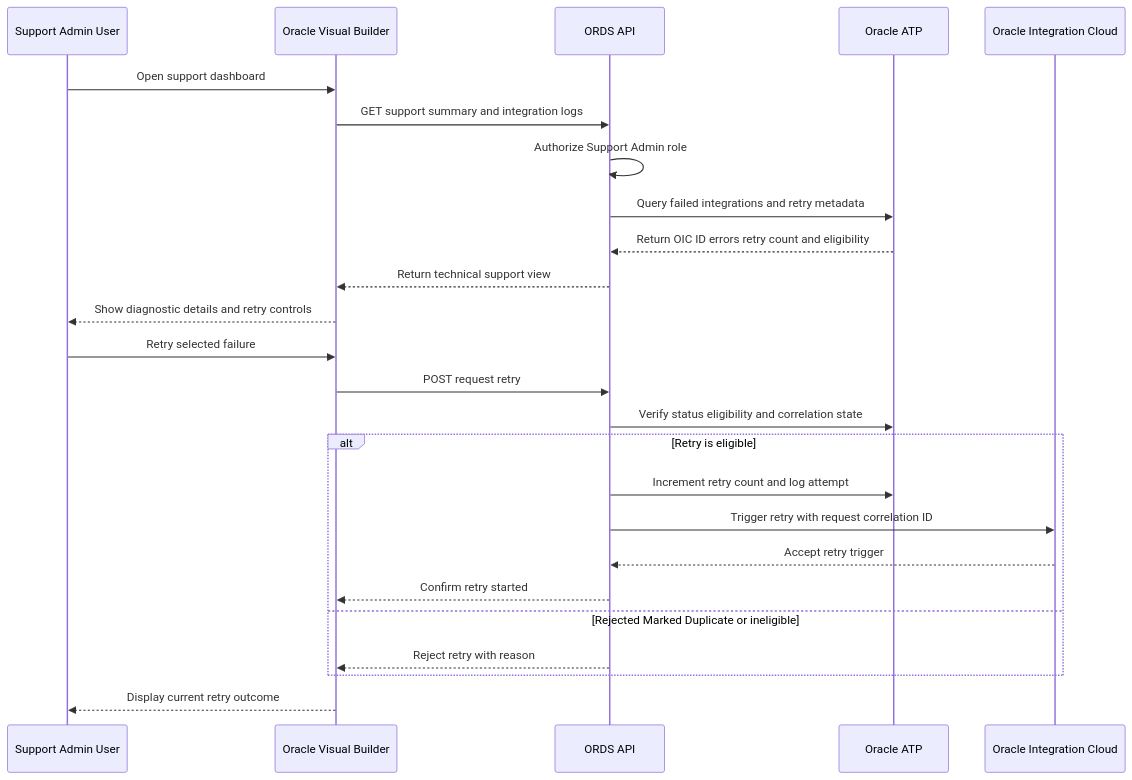
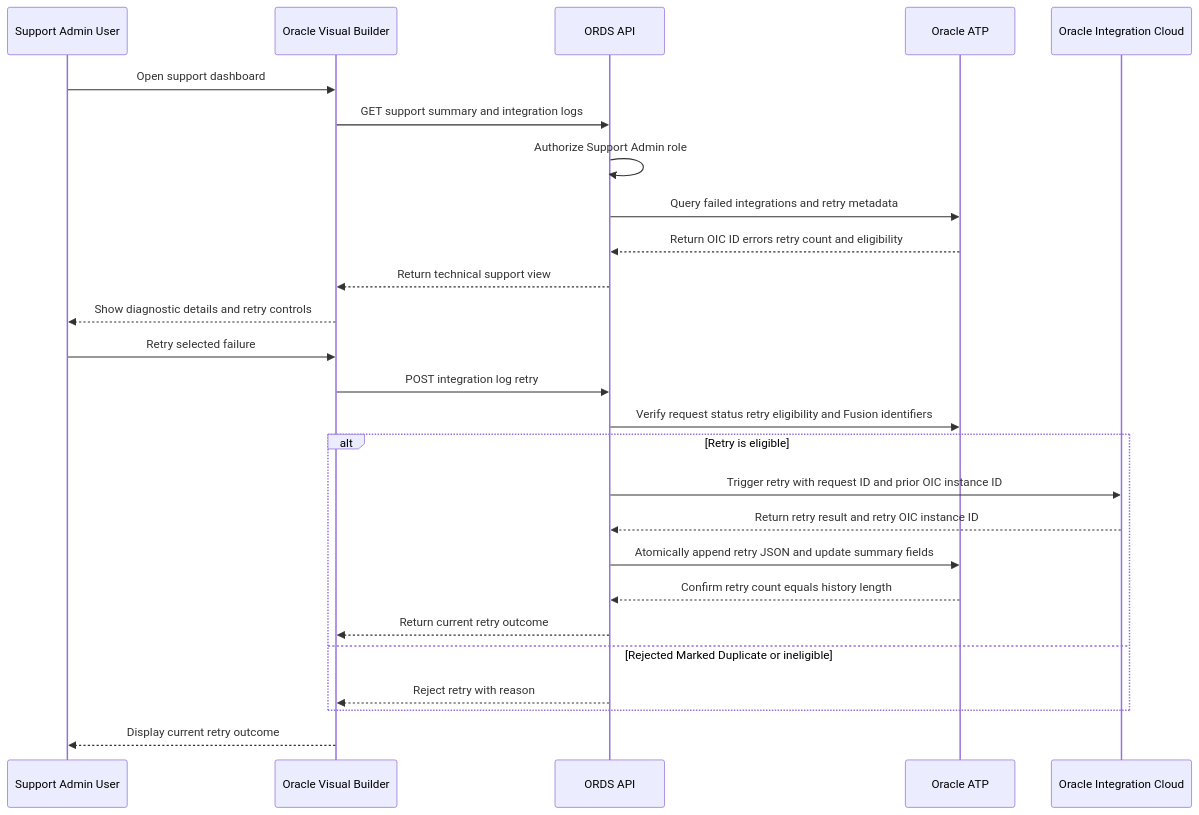
One commit to abdullahsohaill/erp-supplier-onboarding changed the tenth of 14 diagrams in aidlc-docs/inception/user-stories/sequence-diagrams.md. Above: the diagram before and after it, drawn with Mermaid. The commit also changed other lines of this file and 6 other files, not shown here.

Commit message:
Align requirements and stories with finalized schema

````diff
--- a/aidlc-docs/inception/user-stories/sequence-diagrams.md
+++ b/aidlc-docs/inception/user-stories/sequence-diagrams.md
@@ -280,27 +287,28 @@
 ```mermaid
 sequenceDiagram
     participant Admin as Support Admin User
     participant VB as Oracle Visual Builder
     participant ORDS as ORDS API
     participant ATP as Oracle ATP
     participant OIC as Oracle Integration Cloud
     Admin->>VB: Open support dashboard
     VB->>ORDS: GET support summary and integration logs
     ORDS->>ORDS: Authorize Support Admin role
     ORDS->>ATP: Query failed integrations and retry metadata
     ATP-->>ORDS: Return OIC ID errors retry count and eligibility
     ORDS-->>VB: Return technical support view
     VB-->>Admin: Show diagnostic details and retry controls
     Admin->>VB: Retry selected failure
-    VB->>ORDS: POST request retry
-    ORDS->>ATP: Verify status eligibility and correlation state
+    VB->>ORDS: POST integration log retry
+    ORDS->>ATP: Verify request status retry eligibility and Fusion identifiers
     alt Retry is eligible
-        ORDS->>ATP: Increment retry count and log attempt
-        ORDS->>OIC: Trigger retry with request correlation ID
-        OIC-->>ORDS: Accept retry trigger
-        ORDS-->>VB: Confirm retry started
+        ORDS->>OIC: Trigger retry with request ID and prior OIC instance ID
+        OIC-->>ORDS: Return retry result and retry OIC instance ID
+        ORDS->>ATP: Atomically append retry JSON and update summary fields
+        ATP-->>ORDS: Confirm retry count equals history length
+        ORDS-->>VB: Return current retry outcome
     else Rejected Marked Duplicate or ineligible
         ORDS-->>VB: Reject retry with reason
     end
     VB-->>Admin: Display current retry outcome
 ```
````
